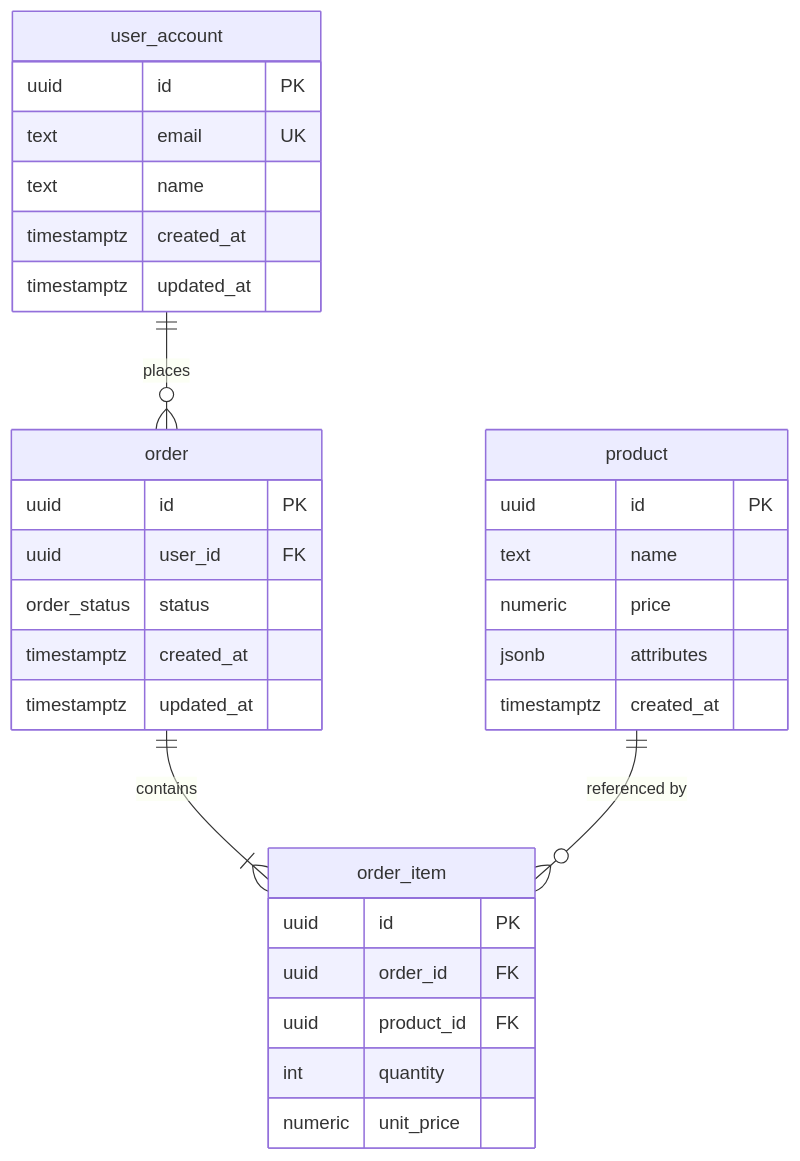
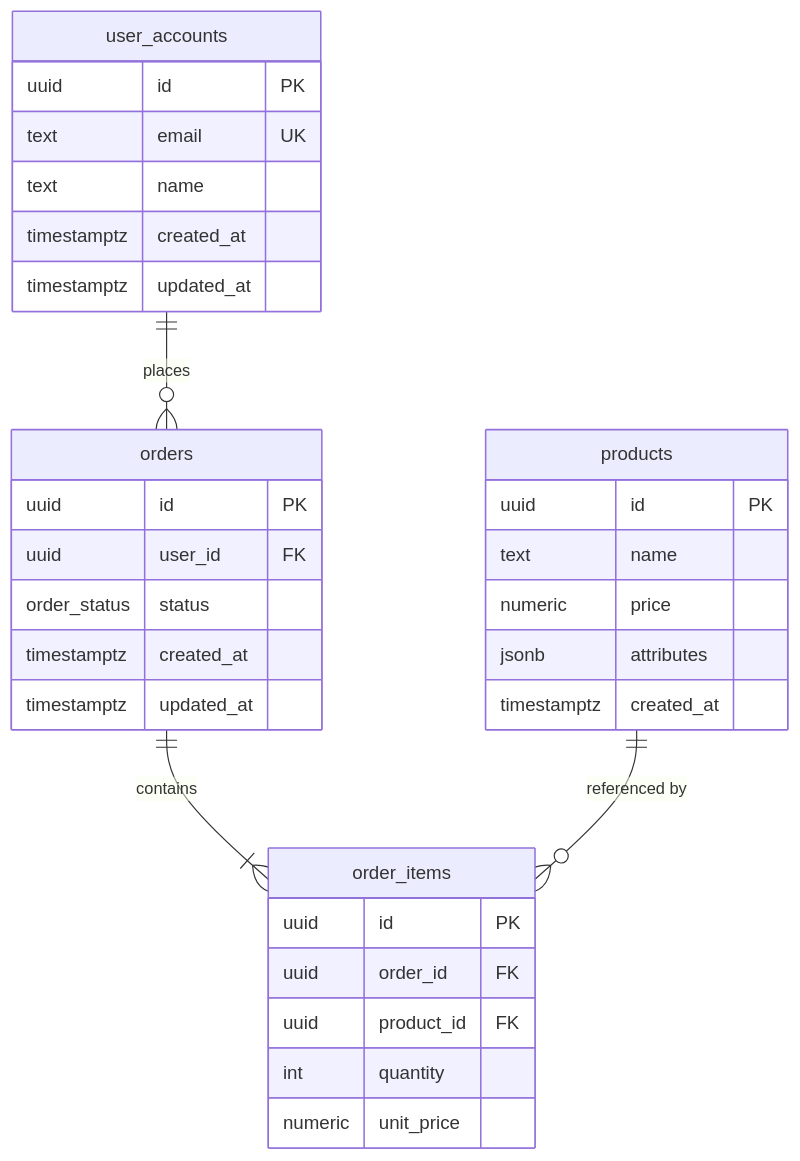
One commit to zzoohub/claude-code changed the diagram in skills/database-design/references/mermaid-erd.md. Above: the diagram before and after it, drawn with Mermaid. The commit also changed other lines of this file and 17 other files, not shown here.

````diff
--- a/skills/database-design/references/mermaid-erd.md
+++ b/skills/database-design/references/mermaid-erd.md
@@ -7,38 +7,38 @@
 ```mermaid
 erDiagram
-    user_account {
+    user_accounts {
         uuid id PK
         text email UK
         text name
         timestamptz created_at
         timestamptz updated_at
     }
 
-    "order" {
+    orders {
         uuid id PK
         uuid user_id FK
         order_status status
         timestamptz created_at
         timestamptz updated_at
     }
 
-    order_item {
+    order_items {
         uuid id PK
         uuid order_id FK
         uuid product_id FK
         int quantity
         numeric unit_price
     }
 
-    product {
+    products {
         uuid id PK
         text name
         numeric price
         jsonb attributes
         timestamptz created_at
     }
 
-    user_account ||--o{ "order" : "places"
-    "order" ||--|{ order_item : "contains"
-    product ||--o{ order_item : "referenced by"
+    user_accounts ||--o{ orders : "places"
+    orders ||--|{ order_items : "contains"
+    products ||--o{ order_items : "referenced by"
 ```
````
